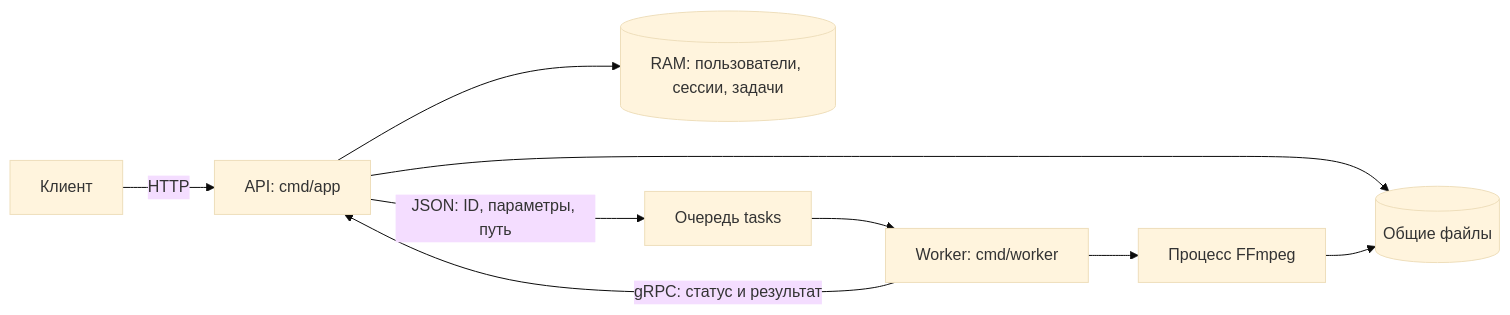
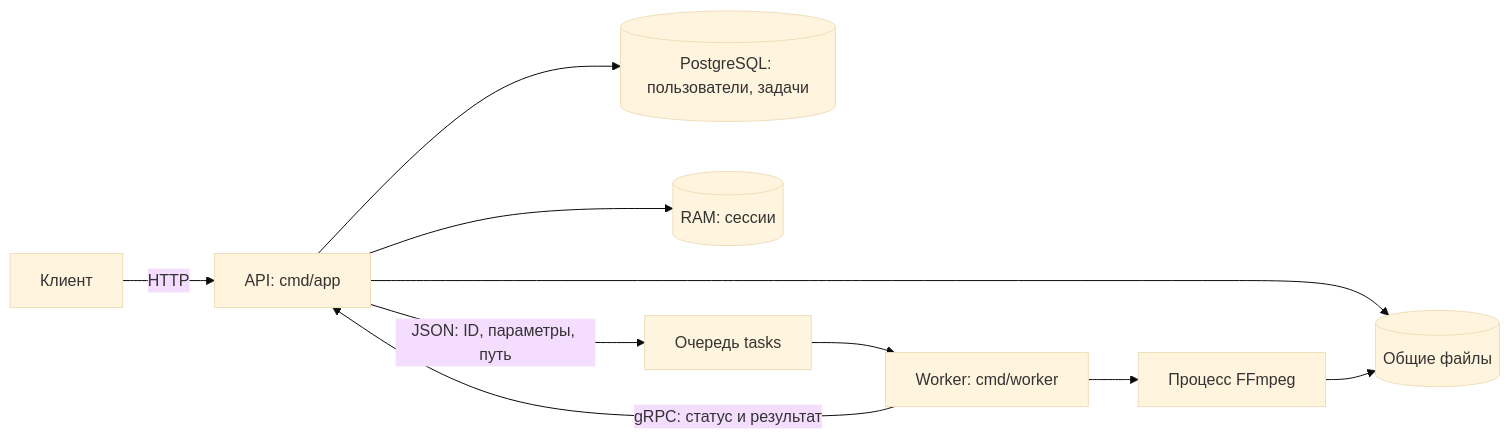
Before and after one commit to ibra172/go-ffmpeg-pipeline: the diagram in README.md, drawn with Mermaid (base theme). The commit also changed other lines of this file and 11 other files, not shown here.

````diff
--- a/README.md
+++ b/README.md
@@ -11,11 +11,12 @@
 ```mermaid
 flowchart LR
     Client[Клиент] -->|HTTP| API[API: cmd/app]
-    API --> RAM[(RAM: пользователи, сессии, задачи)]
+    API --> PostgreSQL[(PostgreSQL: пользователи, задачи)]
+    API --> RAM[(RAM: сессии)]
     API -->|JSON: ID, параметры, путь| Queue[Очередь tasks]
     Queue --> Worker[Worker: cmd/worker]
     Worker --> FFmpeg[Процесс FFmpeg]
     Worker -->|gRPC: статус и результат| API
     API --> Files[(Общие файлы)]
     FFmpeg --> Files
 ```
````
